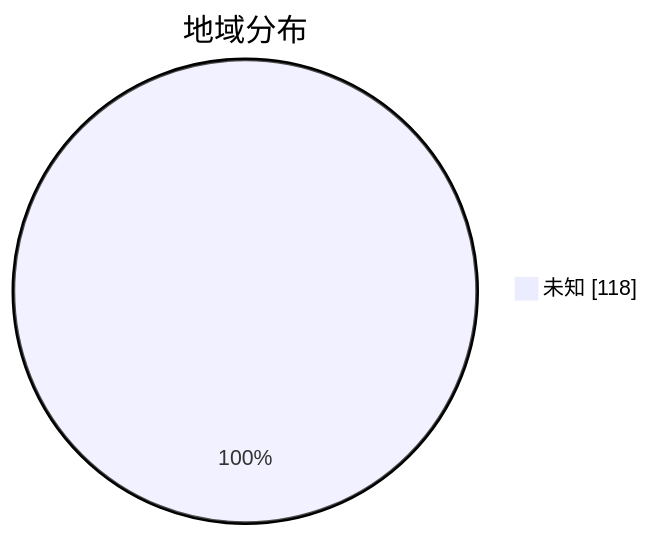
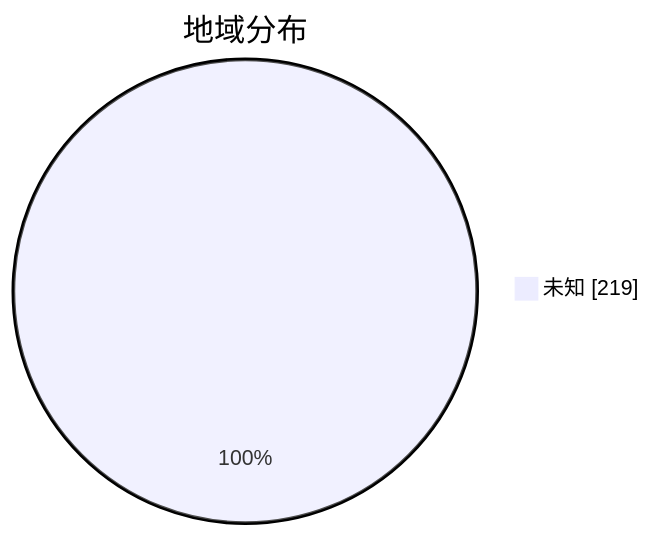
Before and after one commit to qjlxg/airport: the second of 3 diagrams in subs/statistics/tested_within.md, drawn with Mermaid. The commit also changed other lines of this file and 2 other files, not shown here.

````diff
--- a/subs/statistics/tested_within.md
+++ b/subs/statistics/tested_within.md
@@ -12,5 +12,5 @@
 ```mermaid
 pie showData
 title 地域分布
-"未知" : 118
+"未知" : 219
 ```
````
